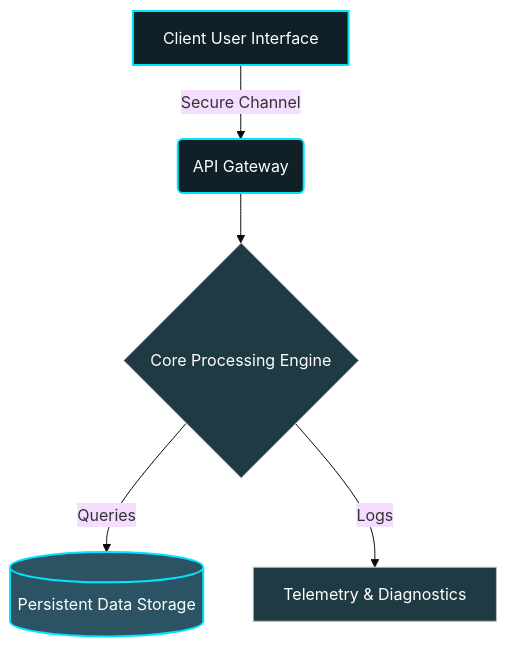
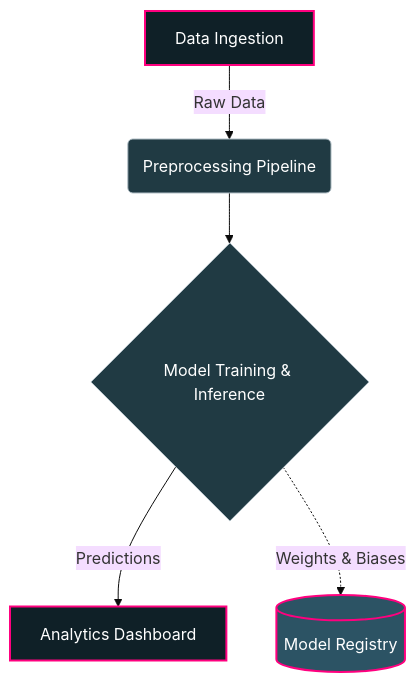
Before and after one commit to karthik-idikuda/Adversarial-Inverse-Reinforcement-Learning-system-: the diagram in README.md, drawn with Mermaid (base theme). The commit also changed other lines of this file, not shown here.

````diff
--- a/README.md
+++ b/README.md
@@ -32,16 +31,15 @@
 ```mermaid
 graph TD;
-    A[Client User Interface] -->|Secure Channel| B(API Gateway);
-    B --> C{Core Processing Engine};
-    C -->|Queries| D[(Persistent Data Storage)];
-    C -->|Logs| E[Telemetry & Diagnostics];
+    A[Data Ingestion] -->|Raw Data| B(Preprocessing Pipeline);
+    B --> C{Model Training & Inference};
+    C -->|Predictions| D[Analytics Dashboard];
+    C -.->|Weights & Biases| E[(Model Registry)];
     
-    classDef primary fill:#0f2027,stroke:#00e5ff,stroke-width:2px,color:#fff;
+    classDef primary fill:#0f2027,stroke:#ff007f,stroke-width:2px,color:#fff;
     classDef secondary fill:#203a43,stroke:#b0bec5,stroke-width:1px,color:#fff;
-    classDef database fill:#2c5364,stroke:#00e5ff,stroke-width:2px,color:#fff;
+    classDef database fill:#2c5364,stroke:#ff007f,stroke-width:2px,color:#fff;
     
-    class A,B primary;
-    class C secondary;
-    class D database;
-    class E secondary;
+    class A,D primary;
+    class B,C secondary;
+    class E database;
 ```
````
